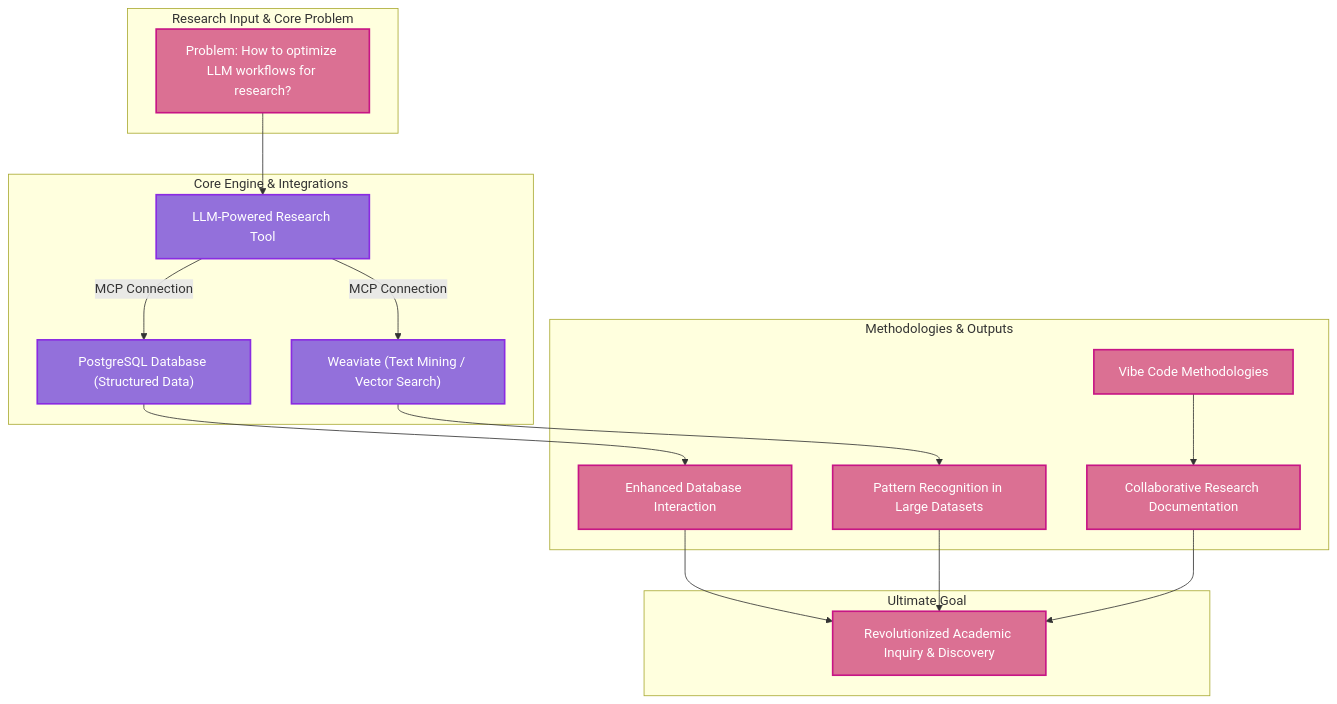
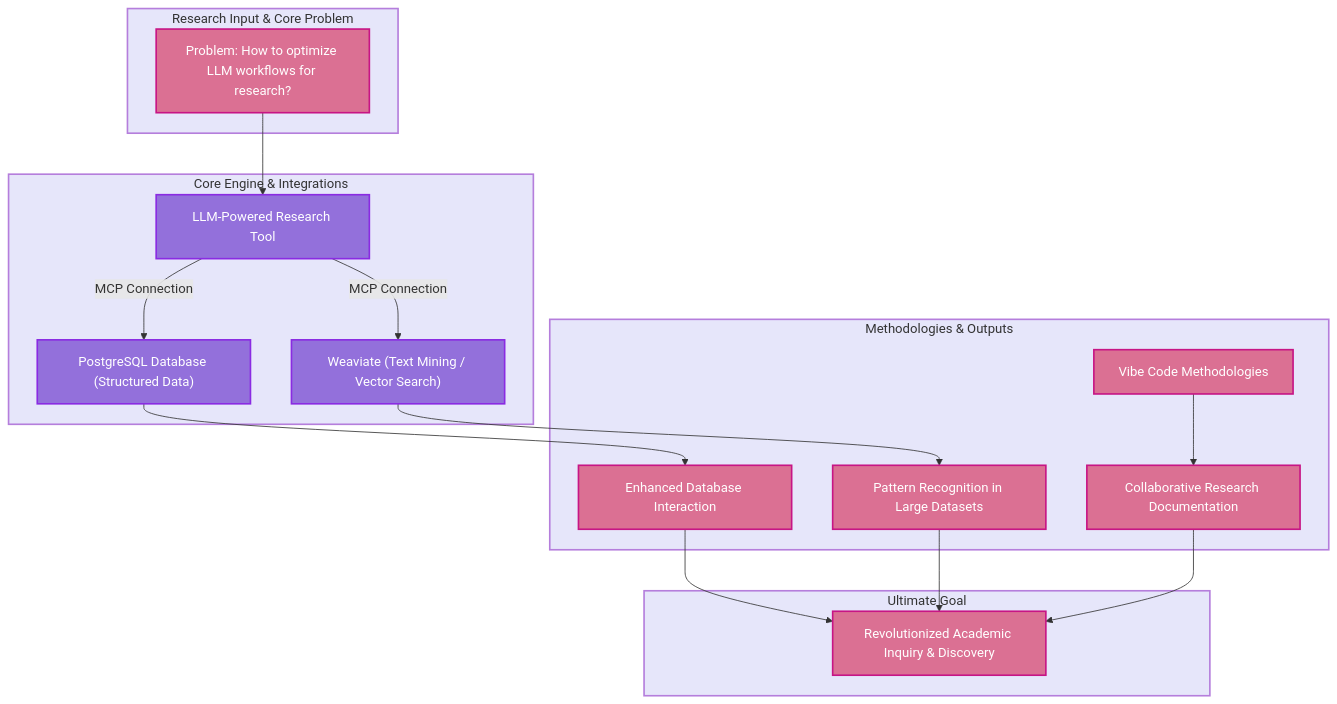
Before and after one commit to anvita-kar-git/Anvita-Kar-KEYS-2025: the diagram in docs/assignment2.md, drawn with Mermaid.

````diff
--- a/docs/assignment2.md
+++ b/docs/assignment2.md
@@ -37,51 +37,53 @@
 ```mermaid
- graph TD
+graph TD
     %% --- Style Definitions ---
-    %% Defines a style class named 'purpleTheme' with purple fill and border
+    %% Node Styles
     classDef purpleTheme fill:#9370DB,stroke:#8A2BE2,stroke-width:2px,color:#fff
-    
-    %% Defines a style class named 'pinkTheme' with pink fill and border
     classDef pinkTheme fill:#DB7093,stroke:#C71585,stroke-width:2px,color:#fff
 
+    %% Subgraph Container Style (Lavender)
+    style S1 fill:#E6E6FA,stroke:#B57EDC,stroke-width:2px
+    style S2 fill:#E6E6FA,stroke:#B57EDC,stroke-width:2px
+    style S3 fill:#E6E6FA,stroke:#B57EDC,stroke-width:2px
+    style S4 fill:#E6E6FA,stroke:#B57EDC,stroke-width:2px
+
     %% --- Chart Structure ---
-    subgraph "Research Input & Core Problem"
+    %% Subgraphs now have an ID (S1, S2, etc.) and a Title in quotes
+    subgraph S1 ["Research Input & Core Problem"]
         A["Problem: How to optimize LLM workflows for research?"]
     end
 
-    subgraph "Core Engine & Integrations"
+    subgraph S2 ["Core Engine & Integrations"]
         B[LLM-Powered Research Tool]
         C["PostgreSQL Database (Structured Data)"]
         D["Weaviate (Text Mining / Vector Search)"]
         
         B -- "MCP Connection" --> C
         B -- "MCP Connection" --> D
     end
     
-    subgraph "Methodologies & Outputs"
+    subgraph S3 ["Methodologies & Outputs"]
         E[Enhanced Database Interaction]
         F[Pattern Recognition in Large Datasets]
         G[Collaborative Research Documentation]
         H[Vibe Code Methodologies]
     end
 
-    subgraph "Ultimate Goal"
+    subgraph S4 ["Ultimate Goal"]
         I[Revolutionized Academic Inquiry & Discovery]
     end
     
     %% --- Flow Logic ---
     A --> B
     C --> E
     D --> F
     H --> G
     
     E --> I
     F --> I
     G --> I
 
-    %% --- Apply Styles to Nodes ---
-    %% Apply the pink theme to the conceptual nodes
+    %% --- Apply Node Styles ---
     class A,E,F,G,H,I pinkTheme
-    
-    %% Apply the purple theme to the core technology nodes
     class B,C,D purpleTheme
 ```
````
